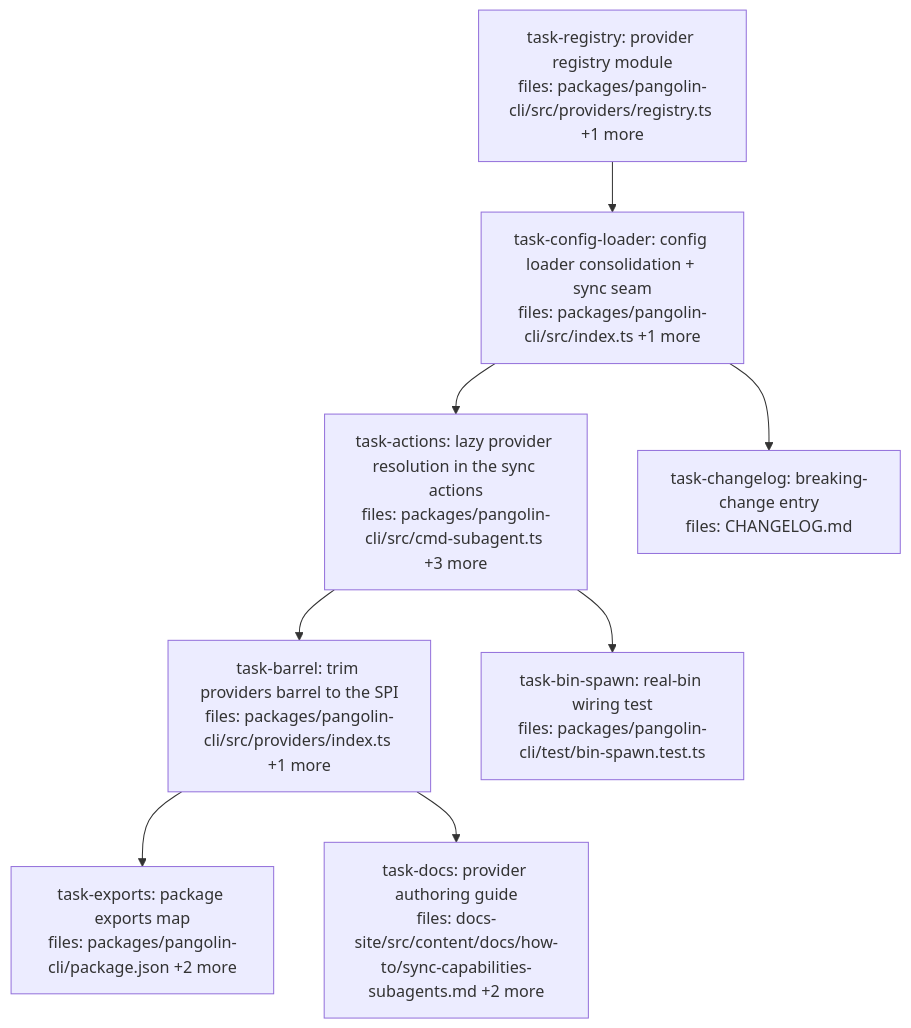
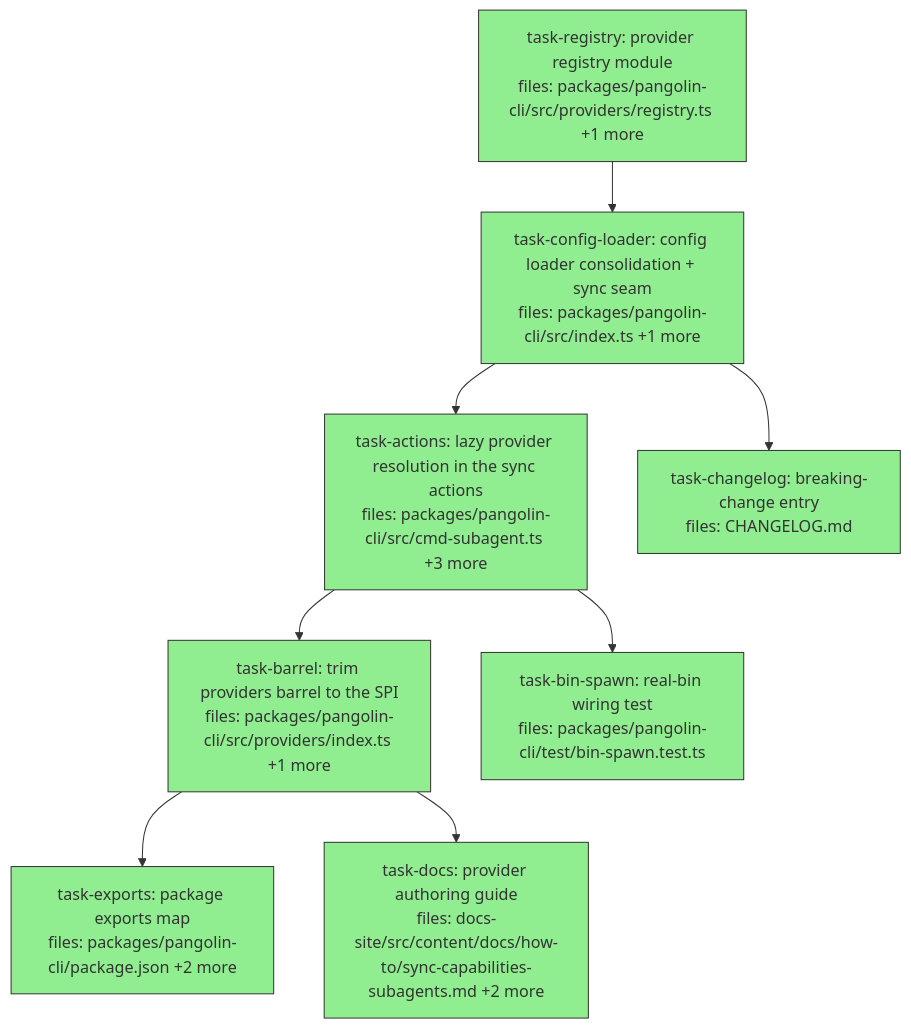
One commit to QuarrySystems/pangolin changed the diagram in docs/superpowers/plans/2026-07-30-sync-provider-spi-dag.md. Above: the diagram before and after it, drawn with Mermaid. The commit also changed other lines of this file, not shown here.

First line of the commit message:
docs(plan): record sync-provider SPI execution — 8/8 done

````diff
--- a/docs/superpowers/plans/2026-07-30-sync-provider-spi-dag.md
+++ b/docs/superpowers/plans/2026-07-30-sync-provider-spi-dag.md
@@ -9,25 +9,25 @@
 ```mermaid
 flowchart TD
-    task-registry["task-registry: provider registry module<br/>files: packages/pangolin-cli/src/providers/registry.ts +1 more"]
-    task-config-loader["task-config-loader: config loader consolidation + sync seam<br/>files: packages/pangolin-cli/src/index.ts +1 more"]
-    task-actions["task-actions: lazy provider resolution in the sync actions<br/>files: packages/pangolin-cli/src/cmd-subagent.ts +3 more"]
-    task-barrel["task-barrel: trim providers barrel to the SPI<br/>files: packages/pangolin-cli/src/providers/index.ts +1 more"]
-    task-bin-spawn["task-bin-spawn: real-bin wiring test<br/>files: packages/pangolin-cli/test/bin-spawn.test.ts"]
-    task-exports["task-exports: package exports map<br/>files: packages/pangolin-cli/package.json +2 more"]
-    task-docs["task-docs: provider authoring guide<br/>files: docs-site/src/content/docs/how-to/sync-capabilities-subagents.md +2 more"]
-    task-changelog["task-changelog: breaking-change entry<br/>files: CHANGELOG.md"]
+    task-registry["task-registry: provider registry module<br/>files: packages/pangolin-cli/src/providers/registry.ts +1 more"]:::done
+    task-config-loader["task-config-loader: config loader consolidation + sync seam<br/>files: packages/pangolin-cli/src/index.ts +1 more"]:::done
+    task-actions["task-actions: lazy provider resolution in the sync actions<br/>files: packages/pangolin-cli/src/cmd-subagent.ts +3 more"]:::done
+    task-barrel["task-barrel: trim providers barrel to the SPI<br/>files: packages/pangolin-cli/src/providers/index.ts +1 more"]:::done
+    task-bin-spawn["task-bin-spawn: real-bin wiring test<br/>files: packages/pangolin-cli/test/bin-spawn.test.ts"]:::done
+    task-exports["task-exports: package exports map<br/>files: packages/pangolin-cli/package.json +2 more"]:::done
+    task-docs["task-docs: provider authoring guide<br/>files: docs-site/src/content/docs/how-to/sync-capabilities-subagents.md +2 more"]:::done
+    task-changelog["task-changelog: breaking-change entry<br/>files: CHANGELOG.md"]:::done
 
     task-registry --> task-config-loader
     task-config-loader --> task-actions
     task-config-loader --> task-changelog
     task-actions --> task-barrel
     task-actions --> task-bin-spawn
     task-barrel --> task-exports
     task-barrel --> task-docs
 
     classDef done fill:#90ee90,stroke:#333
     classDef ready fill:#fffacd,stroke:#333
     classDef running fill:#87ceeb,stroke:#333
     classDef failed fill:#ffb6c1,stroke:#333
     classDef skipped fill:#d3d3d3,stroke:#333,stroke-dasharray: 5 5
 ```
````
